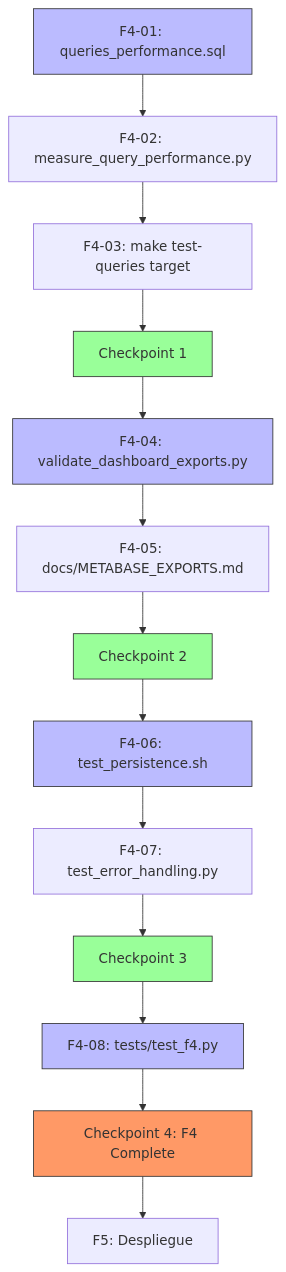
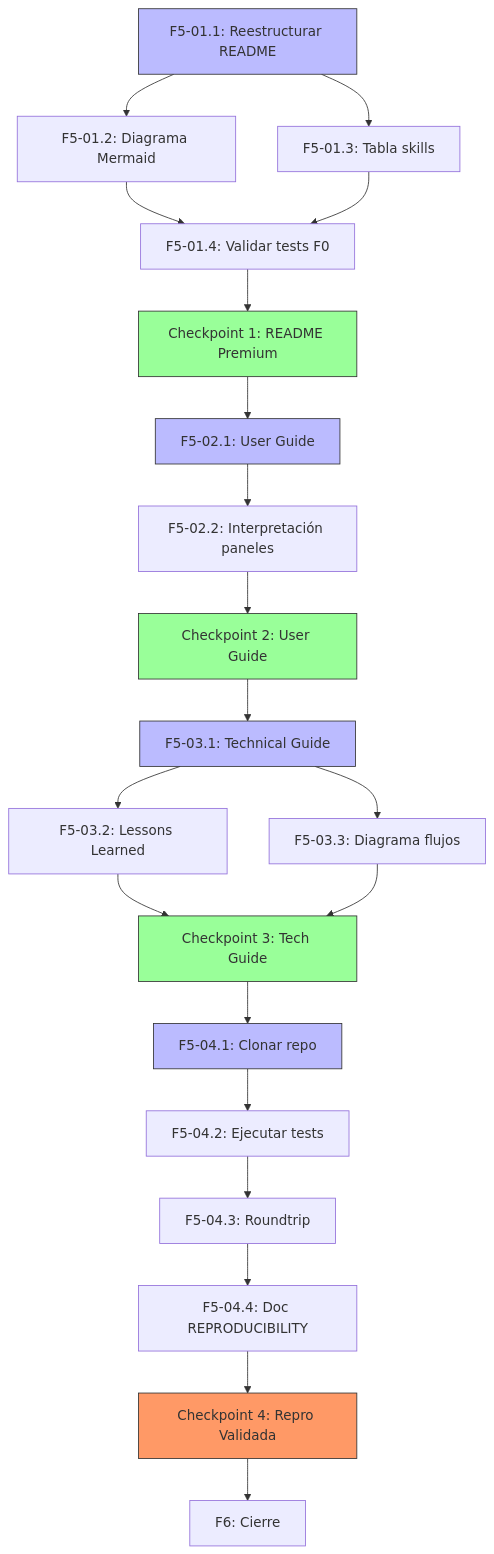
Before and after one commit to Fisherk2/dashboard-metabase-analiticas: the diagram in tasks/plan.md, drawn with Mermaid. The commit also changed other lines of this file and 1 other file, not shown here.

First line of the commit message:
docs(f5): add F5 execution plan — README premium, User Guide, Tech Guide, Reproducibility

````diff
--- a/tasks/plan.md
+++ b/tasks/plan.md
@@ -128,24 +128,31 @@
 ```mermaid
 graph TD
-    F4_01[F4-01: queries_performance.sql] --> F4_02[F4-02: measure_query_performance.py]
-    F4_02 --> F4_03[F4-03: make test-queries target]
-    F4_03 --> C1[Checkpoint 1]
-    C1 --> F4_04[F4-04: validate_dashboard_exports.py]
-    F4_04 --> F4_05[F4-05: docs/METABASE_EXPORTS.md]
-    F4_05 --> C2[Checkpoint 2]
-    C2 --> F4_06[F4-06: test_persistence.sh]
-    F4_06 --> F4_07[F4-07: test_error_handling.py]
-    F4_07 --> C3[Checkpoint 3]
-    C3 --> F4_08[F4-08: tests/test_f4.py]
-    F4_08 --> C4[Checkpoint 4: F4 Complete]
-    C4 --> F5[F5: Despliegue]
+    F5_01_1[F5-01.1: Reestructurar README] --> F5_01_2[F5-01.2: Diagrama Mermaid]
+    F5_01_1 --> F5_01_3[F5-01.3: Tabla skills]
+    F5_01_2 --> F5_01_4[F5-01.4: Validar tests F0]
+    F5_01_3 --> F5_01_4
+    F5_01_4 --> C1[Checkpoint 1: README Premium]
+    C1 --> F5_02_1[F5-02.1: User Guide]
+    F5_02_1 --> F5_02_2[F5-02.2: Interpretación paneles]
+    F5_02_2 --> C2[Checkpoint 2: User Guide]
+    C2 --> F5_03_1[F5-03.1: Technical Guide]
+    F5_03_1 --> F5_03_2[F5-03.2: Lessons Learned]
+    F5_03_1 --> F5_03_3[F5-03.3: Diagrama flujos]
+    F5_03_2 --> C3[Checkpoint 3: Tech Guide]
+    F5_03_3 --> C3
+    C3 --> F5_04_1[F5-04.1: Clonar repo]
+    F5_04_1 --> F5_04_2[F5-04.2: Ejecutar tests]
+    F5_04_2 --> F5_04_3[F5-04.3: Roundtrip]
+    F5_04_3 --> F5_04_4[F5-04.4: Doc REPRODUCIBILITY]
+    F5_04_4 --> C4[Checkpoint 4: Repro Validada]
+    C4 --> F6[F6: Cierre]
 
-    style F4_01 fill:#bbf,stroke:#333
-    style F4_04 fill:#bbf,stroke:#333
-    style F4_06 fill:#bbf,stroke:#333
-    style F4_08 fill:#bbf,stroke:#333
+    style F5_01_1 fill:#bbf,stroke:#333
+    style F5_02_1 fill:#bbf,stroke:#333
+    style F5_03_1 fill:#bbf,stroke:#333
+    style F5_04_1 fill:#bbf,stroke:#333
     style C1 fill:#9f9,stroke:#333
     style C2 fill:#9f9,stroke:#333
     style C3 fill:#9f9,stroke:#333
     style C4 fill:#f96,stroke:#333
 ```
````
